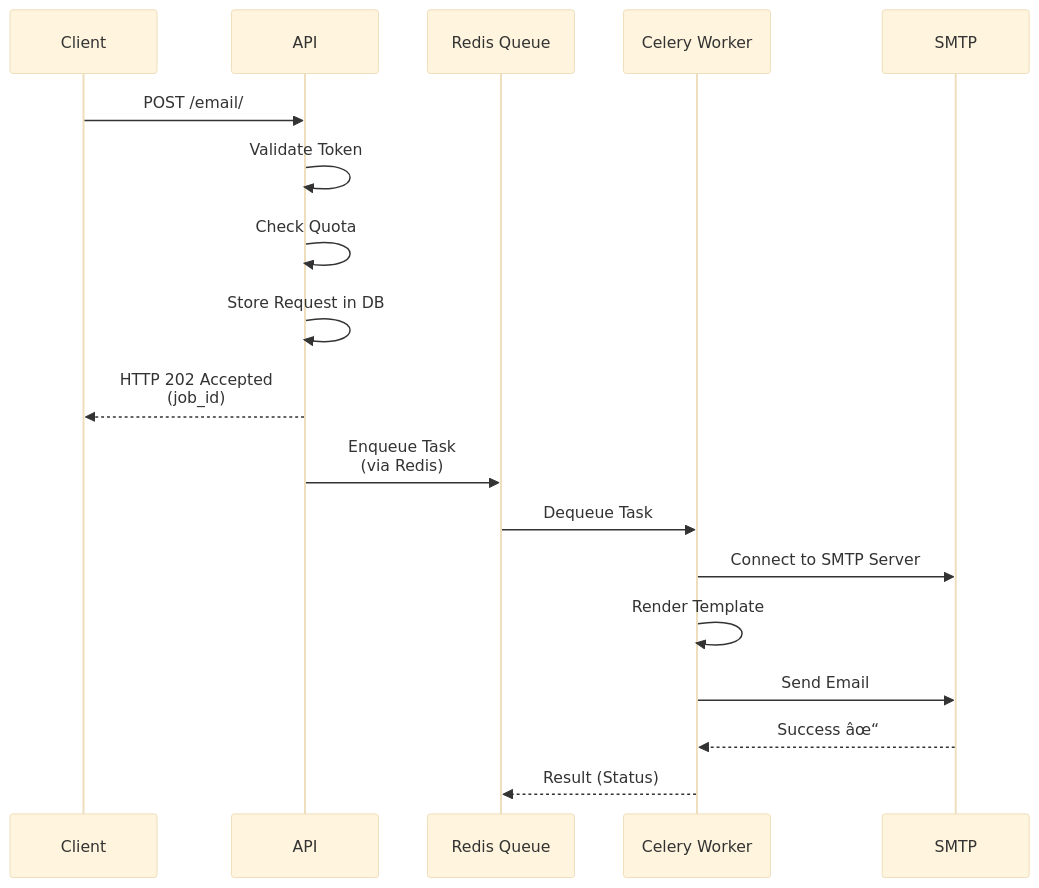
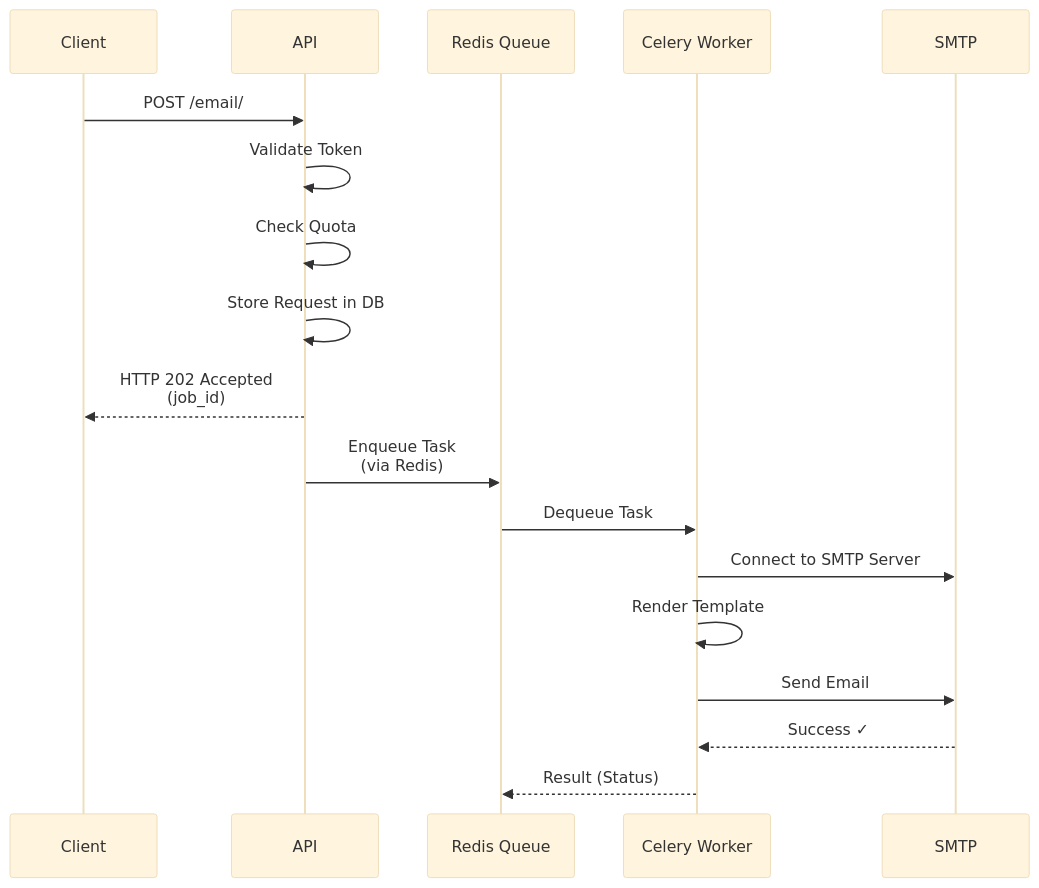
Before and after one commit to Sumit0ubey/MailAPIX: the third of 8 diagrams in README.md, drawn with Mermaid (base theme). The commit also changed other lines of this file, not shown here.

````diff
--- a/README.md
+++ b/README.md
@@ -225,22 +225,22 @@
 ```mermaid
 sequenceDiagram
     participant Client
     participant API
     participant Queue as Redis Queue
     participant Worker as Celery Worker
     participant SMTP
 
     Client->>API: POST /email/
     API->>API: Validate Token
     API->>API: Check Quota
     API->>API: Store Request in DB
     API-->>Client: HTTP 202 Accepted<br/>(job_id)
     
     API->>Queue: Enqueue Task<br/>(via Redis)
     Queue->>Worker: Dequeue Task
     Worker->>SMTP: Connect to SMTP Server
     Worker->>Worker: Render Template
     Worker->>SMTP: Send Email
-    SMTP-->>Worker: Success âœ“
+    SMTP-->>Worker: Success ✓
     Worker-->>Queue: Result (Status)
 ```
````
